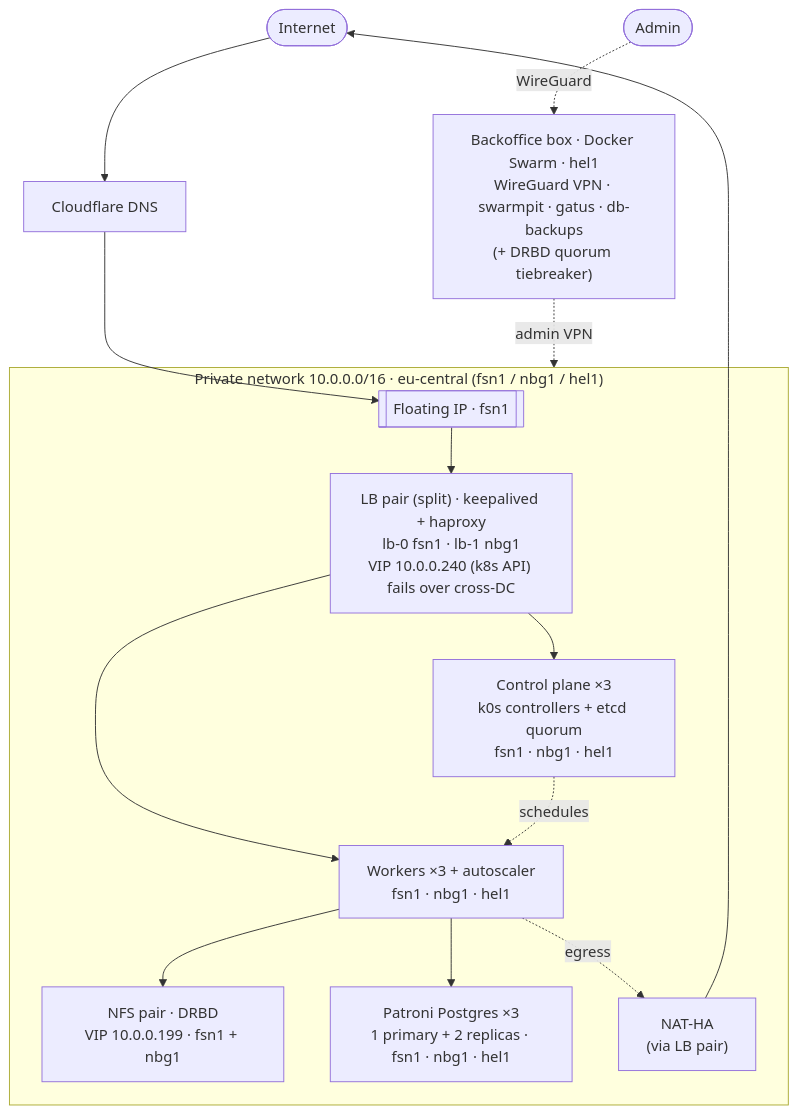
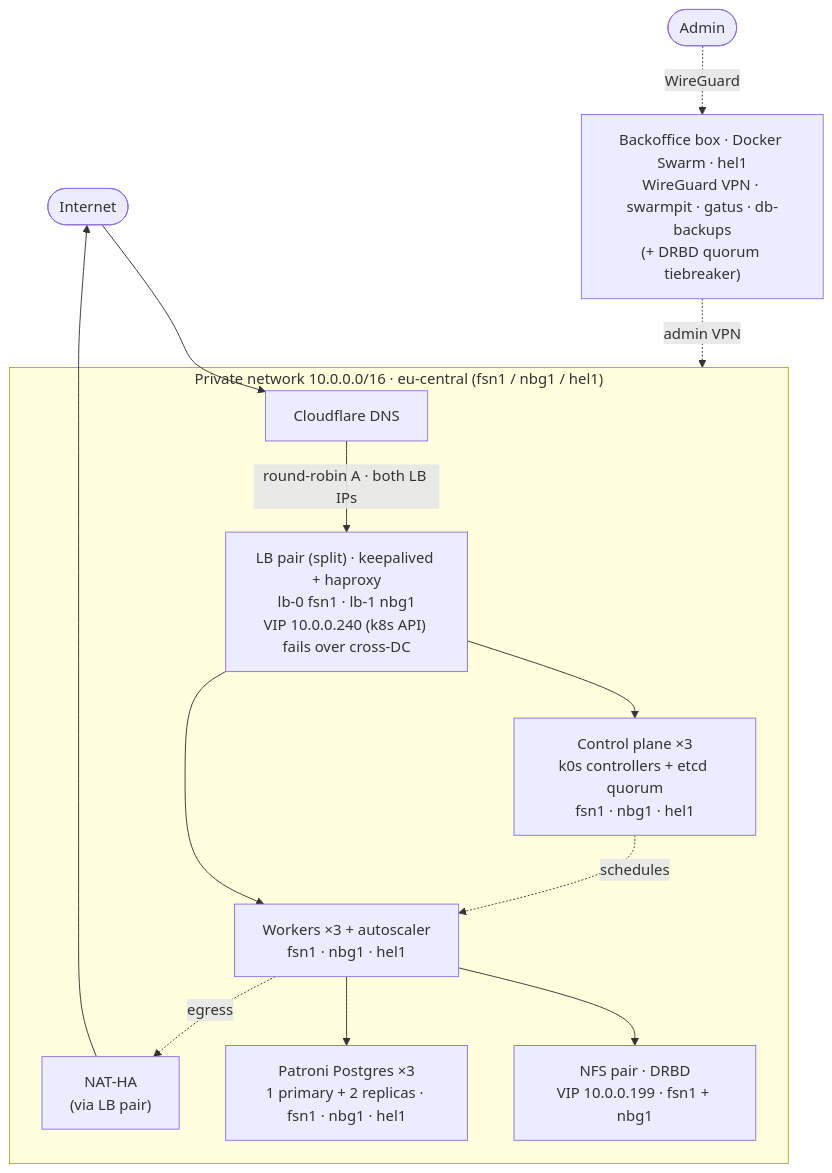
One commit to prehoy/k0s-hetzner-boilerplate-multizone changed the diagram in README.md. Above: the diagram before and after it, drawn with Mermaid. The commit also changed other lines of this file and 9 other files, not shown here.

Commit message:
multizone: public ingress -> round-robin A records across both LB IPs; drop floating IP (split LBs can't fail it over) + strip its handling; CF LB reserved for prod (template). Docs updated.

````diff
--- a/README.md
+++ b/README.md
@@ -19,19 +19,18 @@
 ```mermaid
 flowchart TB
   internet([Internet]) --> cf[Cloudflare DNS]
-  cf --> fip[[Floating IP · fsn1]]
 
   subgraph net["Private network 10.0.0.0/16 · eu-central (fsn1 / nbg1 / hel1)"]
-    fip --> lb["LB pair (split) · keepalived + haproxy<br/>lb-0 fsn1 · lb-1 nbg1<br/>VIP 10.0.0.240 (k8s API) fails over cross-DC"]
+    cf -->|"round-robin A · both LB IPs"| lb["LB pair (split) · keepalived + haproxy<br/>lb-0 fsn1 · lb-1 nbg1<br/>VIP 10.0.0.240 (k8s API) fails over cross-DC"]
     lb --> cp["Control plane ×3<br/>k0s controllers + etcd quorum<br/>fsn1 · nbg1 · hel1"]
     lb --> wk["Workers ×3 + autoscaler<br/>fsn1 · nbg1 · hel1"]
     cp -. schedules .-> wk
     wk --> nfs["NFS pair · DRBD<br/>VIP 10.0.0.199 · fsn1 + nbg1"]
     wk --> pg["Patroni Postgres ×3<br/>1 primary + 2 replicas · fsn1 · nbg1 · hel1"]
     wk -. egress .-> nat["NAT-HA<br/>(via LB pair)"]
   end
 
   bastion["Backoffice box · Docker Swarm · hel1<br/>WireGuard VPN · swarmpit · gatus · db-backups<br/>(+ DRBD quorum tiebreaker)"] -. admin VPN .-> net
   nat --> internet
   admin([Admin]) -. WireGuard .-> bastion
 ```
````
